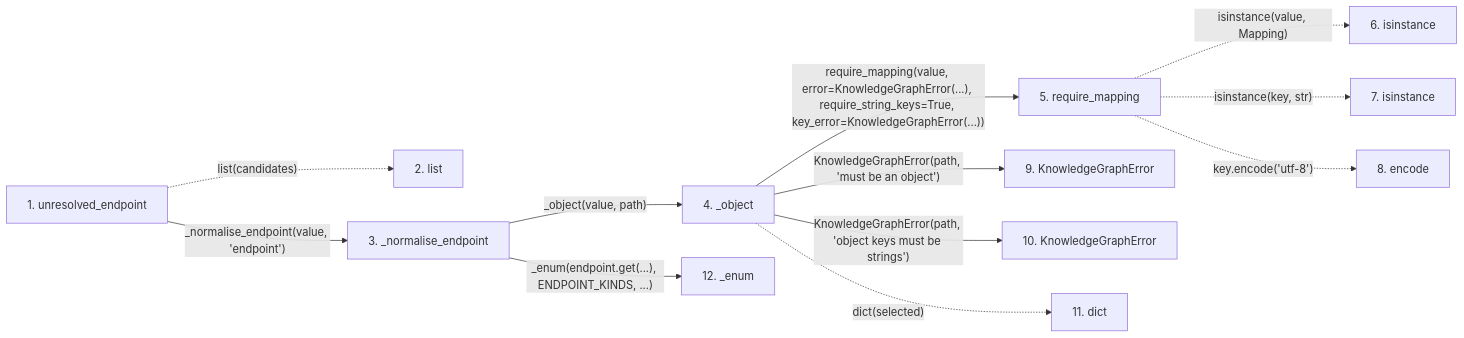
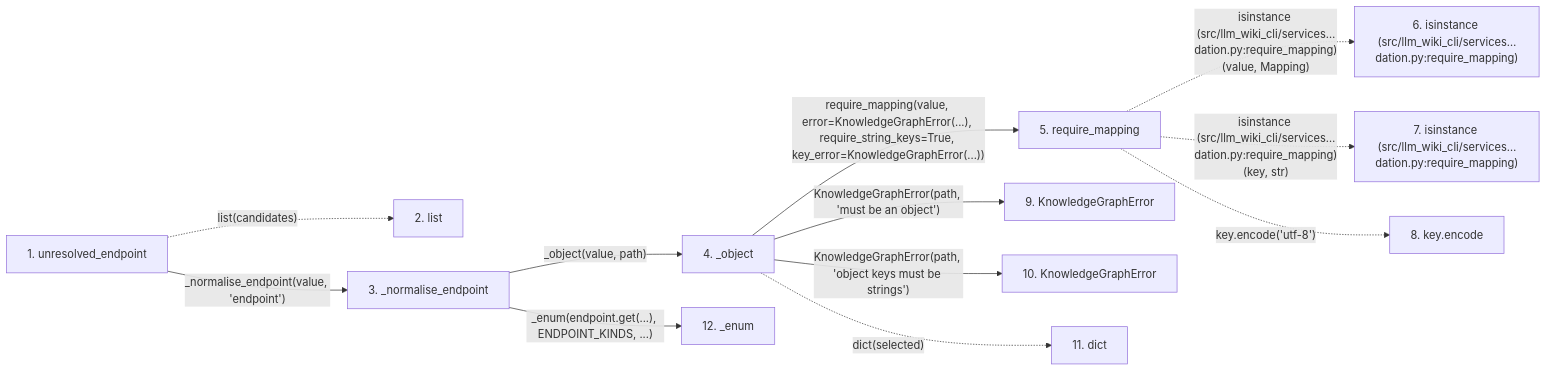
One commit to Denissvgn/python-wiki-llm changed the second of 2 diagrams in docs/llm_wiki/flows/api-unresolved_endpoint.md. Above: the diagram before and after it, drawn with Mermaid. The commit also changed other lines of this file and 719 other files, not shown here.

````diff
--- a/docs/llm_wiki/flows/api-unresolved_endpoint.md
+++ b/docs/llm_wiki/flows/api-unresolved_endpoint.md
@@ -84,33 +86,33 @@
 ```mermaid
 flowchart LR
     s1["1. unresolved_endpoint"]
     s2["2. list"]
     s3["3. _normalise_endpoint"]
     s4["4. _object"]
     s5["5. require_mapping"]
-    s6["6. isinstance"]
-    s7["7. isinstance"]
-    s8["8. encode"]
+    s6["6. isinstance (src/llm_wiki_cli/services…dation.py:require_mapping)"]
+    s7["7. isinstance (src/llm_wiki_cli/services…dation.py:require_mapping)"]
+    s8["8. key.encode"]
     s9["9. KnowledgeGraphError"]
     s10["10. KnowledgeGraphError"]
     s11["11. dict"]
     s12["12. _enum"]
     s1 -. "list(candidates)" .-> s2
     s1 -->|"_normalise_endpoint(value, 'endpoint')"| s3
     s3 -->|"_object(value, path)"| s4
     s4 -->|"require_mapping(value, error=KnowledgeGraphError(...), require_string_keys=True, key_error=KnowledgeGraphError(...))"| s5
-    s5 -. "isinstance(value, Mapping)" .-> s6
-    s5 -. "isinstance(key, str)" .-> s7
+    s5 -. "isinstance (src/llm_wiki_cli/services…dation.py:require_mapping)(value, Mapping)" .-> s6
+    s5 -. "isinstance (src/llm_wiki_cli/services…dation.py:require_mapping)(key, str)" .-> s7
     s5 -. "key.encode('utf-8')" .-> s8
     s4 -->|"KnowledgeGraphError(path, 'must be an object')"| s9
     s4 -->|"KnowledgeGraphError(path, 'object keys must be strings')"| s10
     s4 -. "dict(selected)" .-> s11
     s3 -->|"_enum(endpoint.get(...), ENDPOINT_KINDS, ...)"| s12
     click s1 "../modules/knowledge_graph.md"
     click s3 "../modules/knowledge_graph.md"
     click s4 "../modules/knowledge_graph.md"
     click s5 "../modules/validation.md"
     click s9 "../modules/knowledge_graph.md"
     click s10 "../modules/knowledge_graph.md"
     click s12 "../modules/knowledge_graph.md"
 ```
````
